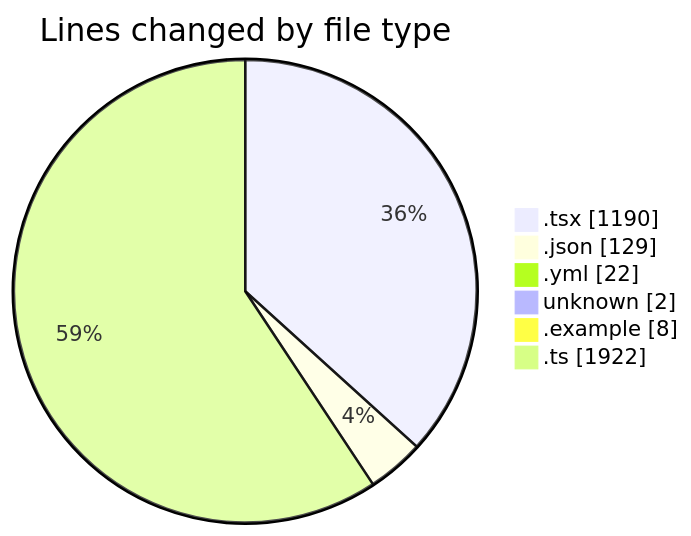
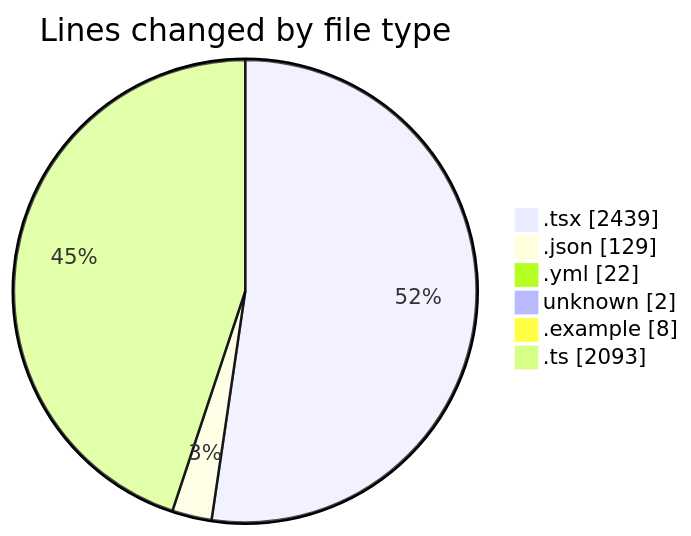
One commit to julien-gomy/code-tracking changed the first of 2 diagrams in 2025-11-21/eventscop-frontend-guide__workspace_/README.md. Above: the diagram before and after it, drawn with Mermaid. The commit also changed other lines of this file and 1 other file, not shown here.

````diff
--- a/2025-11-21/eventscop-frontend-guide__workspace_/README.md
+++ b/2025-11-21/eventscop-frontend-guide__workspace_/README.md
@@ -49,10 +55,10 @@
 ```mermaid
 pie showData
 title Lines changed by file type
-".tsx" : 1190
+".tsx" : 2439
 ".json" : 129
 ".yml" : 22
 "unknown" : 2
 ".example" : 8
-".ts" : 1922
+".ts" : 2093
 ```
````
